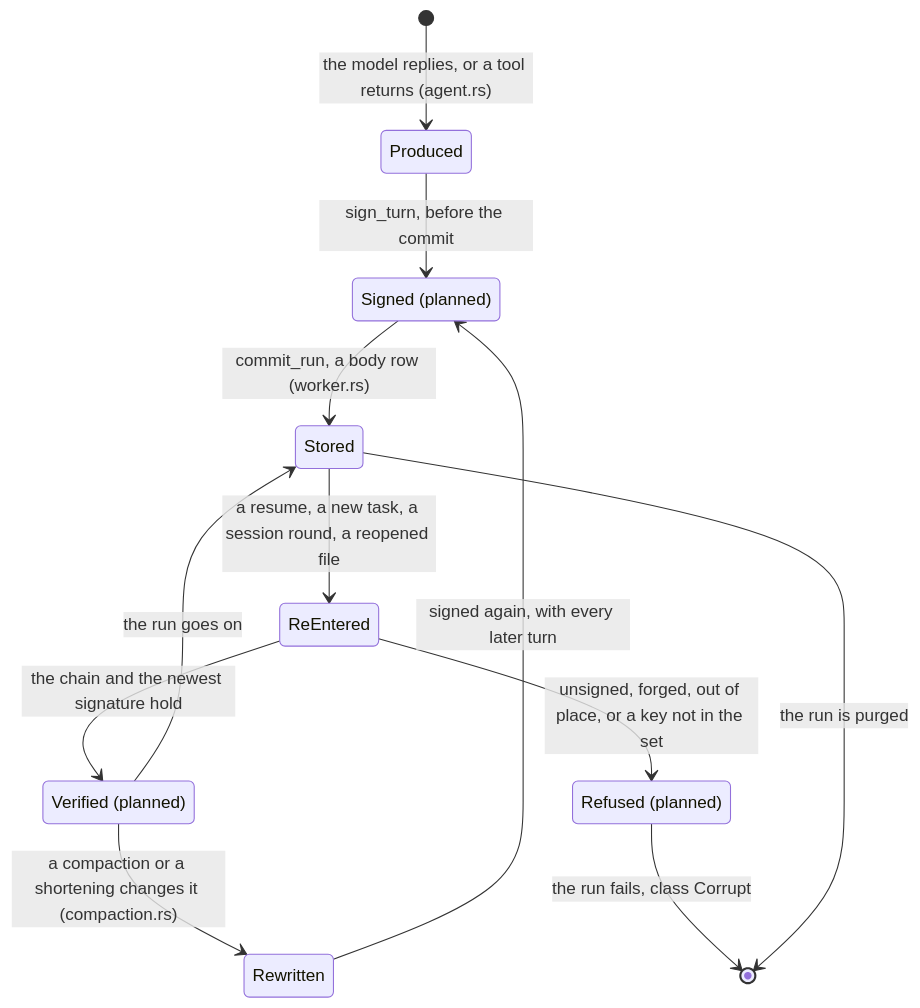
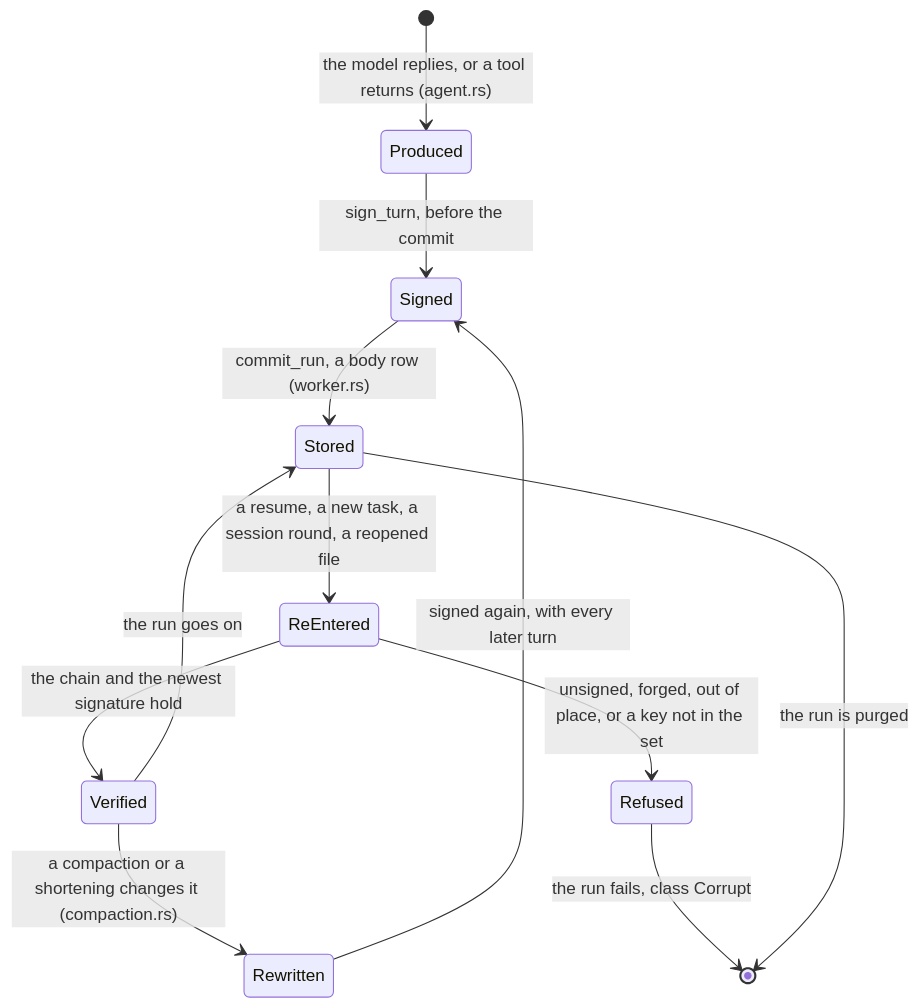
One commit to vymalo/another-adam-rs changed the second of 2 diagrams in docs/decisions/0068-adam-signs-its-own-history.md. Above: the diagram before and after it, drawn with Mermaid. The commit also changed other lines of this file and 6 other files, not shown here.

````diff
--- a/docs/decisions/0068-adam-signs-its-own-history.md
+++ b/docs/decisions/0068-adam-signs-its-own-history.md
@@ -246,17 +246,17 @@
 ```mermaid
 stateDiagram-v2
-    state "Signed (planned)" as Signed
-    state "Verified (planned)" as Verified
-    state "Refused (planned)" as Refused
+    state "Signed" as Signed
+    state "Verified" as Verified
+    state "Refused" as Refused
     [*] --> Produced: the model replies, or a tool returns (agent.rs)
     Produced --> Signed: sign_turn, before the commit
     Signed --> Stored: commit_run, a body row (worker.rs)
     Stored --> ReEntered: a resume, a new task, a session round, a reopened file
     ReEntered --> Verified: the chain and the newest signature hold
     ReEntered --> Refused: unsigned, forged, out of place, or a key not in the set
     Verified --> Rewritten: a compaction or a shortening changes it (compaction.rs)
     Rewritten --> Signed: signed again, with every later turn
     Verified --> Stored: the run goes on
     Refused --> [*]: the run fails, class Corrupt
     Stored --> [*]: the run is purged
 ```
````
